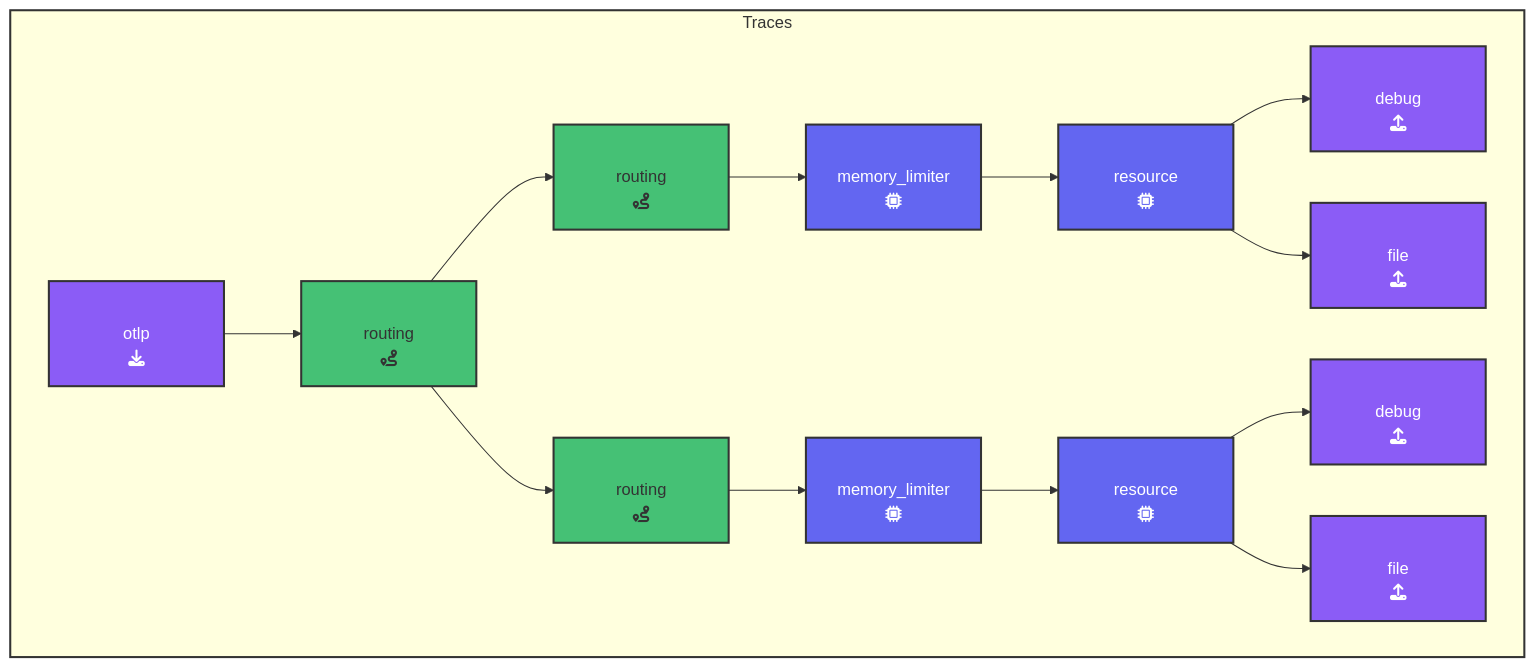
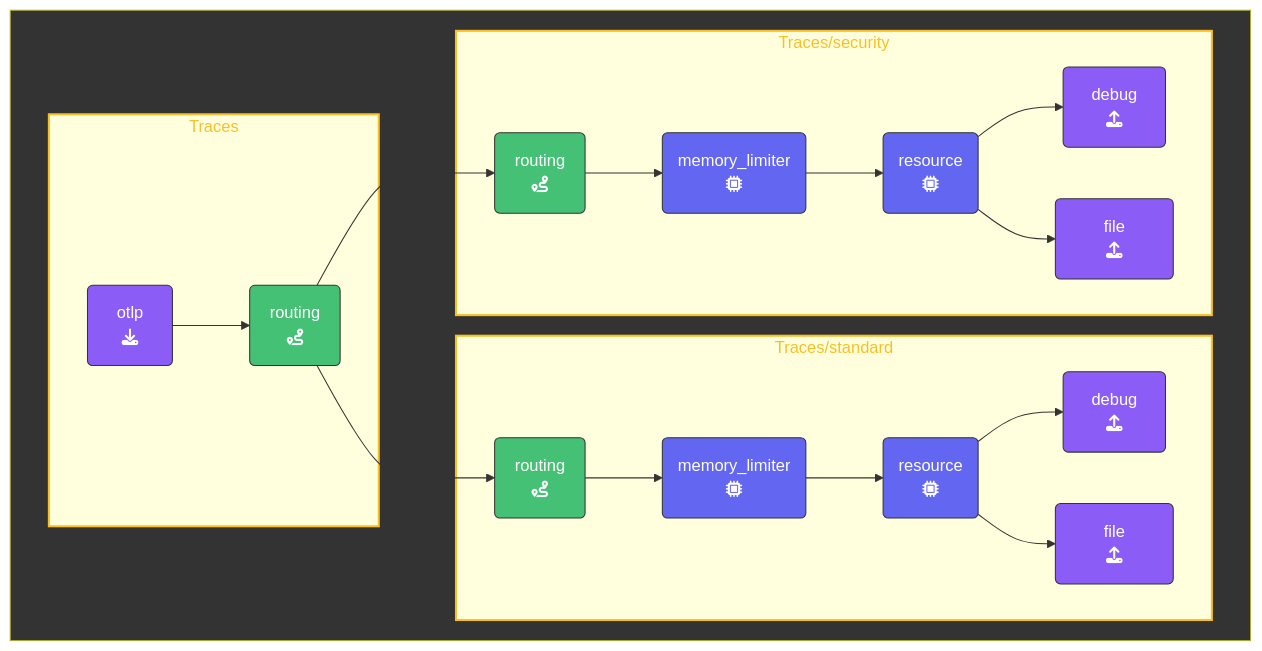
One commit to splunk/observability-workshop changed the diagram in content/en/ninja-workshops/10-advanced-otel/8-routing/_index.md. Above: the diagram before and after it, drawn with Mermaid. The commit also changed other lines of this file and 1 other file, not shown here.

Commit message:
Mermaid styling

````diff
--- a/content/en/ninja-workshops/10-advanced-otel/8-routing/_index.md
+++ b/content/en/ninja-workshops/10-advanced-otel/8-routing/_index.md
@@ -146,38 +146,46 @@
 ```mermaid
+%%{init:{"fontFamily":"monospace"}}%%
 graph LR
-  subgraph box[Traces]
+    %% Nodes
+      REC1(&nbsp;&nbsp;&nbsp;otlp&nbsp;&nbsp;&nbsp;<br>fa:fa-download):::receiver
+      PRO1(memory_limiter<br>fa:fa-microchip):::processor
+      PRO2(memory_limiter<br>fa:fa-microchip):::processor
+      PRO3(resource<br>fa:fa-microchip):::processor
+      PRO4(resource<br>fa:fa-microchip):::processor
+      EXP1(&nbsp;&ensp;debug&nbsp;&ensp;<br>fa:fa-upload):::exporter
+      EXP2(&emsp;&emsp;file&emsp;&emsp;<br>fa:fa-upload):::exporter
+      EXP3(&nbsp;&ensp;debug&nbsp;&ensp;<br>fa:fa-upload):::exporter
+      EXP4(&emsp;&emsp;file&emsp;&emsp;<br>fa:fa-upload):::exporter
+      ROUTE1(&nbsp;routing&nbsp;<br>fa:fa-route):::con-export
+      ROUTE2(&nbsp;routing&nbsp;<br>fa:fa-route):::con-receive
+      ROUTE3(&nbsp;routing&nbsp;<br>fa:fa-route):::con-receive
+    %% Links
+    subID1:::sub-traces
+    subID2:::sub-traces
+    subID3:::sub-traces
+    subgraph main[" "]
     direction LR
-    %% Nodes
-      A[otlp<br>fa:fa-download]:::receiver
-      D[memory_limiter<br>fa:fa-microchip]:::processor
-      D2[memory_limiter<br>fa:fa-microchip]:::processor
-      F[resource<br>fa:fa-microchip]:::processor
-      F2[resource<br>fa:fa-microchip]:::processor
-      L[debug<br>fa:fa-upload]:::exporter
-      L2[debug<br>fa:fa-upload]:::exporter
-      M[file<br>fa:fa-upload]:::exporter
-      M2[file<br>fa:fa-upload]:::exporter
-      O[routing<br>fa:fa-route]:::con-export
-      P[routing<br>fa:fa-route]:::con-receive
-      P2[routing<br>fa:fa-route]:::con-receive
+      subgraph subID1[Traces]
+      REC1 --> ROUTE1
+      end
+      subgraph subID2[Traces/standard]
+      ROUTE1 --> ROUTE2
+      ROUTE2 --> PRO1
+      PRO1 --> PRO3
+      PRO3 --> EXP1
+      PRO3 --> EXP2
+      end
+      subgraph subID3[Traces/security]
+      ROUTE1 --> ROUTE3
+      ROUTE3 --> PRO2
+      PRO2 --> PRO4
+      PRO4 --> EXP3
+      PRO4 --> EXP4
+      end
     end
-    %% Links
-      A --> O
-      O --> P
-      P --> D
-      D --> F
-      F --> L
-      F --> M
-      O --> P2
-      P2 --> D2
-      D2 --> F2
-      F2 --> L2
-      F2 --> M2
-
-classDef receiver fill:#8b5cf6,stroke:#333,stroke-width:2px,padding-left:110px,color:#fff;
-classDef processor fill:#6366f1,stroke:#333,stroke-width:2px,padding-left:110px,color:#fff;
-classDef exporter fill:#8b5cf6,stroke:#333,stroke-width:2px, padding-left:110px,color:#fff;
-classDef con-receive fill:#45c175,stroke:#333,stroke-width:2px, padding-left:110px,color:#333;
-classDef con-export fill:#45c175,stroke:#333,stroke-width:2px, padding-left:110px,color:#333;
-style box stroke:#333,stroke-width:2px,fill:#f9a9a9a;
+classDef receiver,exporter fill:#8b5cf6,stroke:#333,stroke-width:1px,color:#fff;
+classDef processor fill:#6366f1,stroke:#333,stroke-width:1px,color:#fff;
+classDef con-receive,con-export fill:#45c175,stroke:#333,stroke-width:1px,color:#fff;
+style main fill:#333
+classDef sub-traces stroke:#fbbf24,stroke-width:2px, color:#fbbf24;
 ```
````
